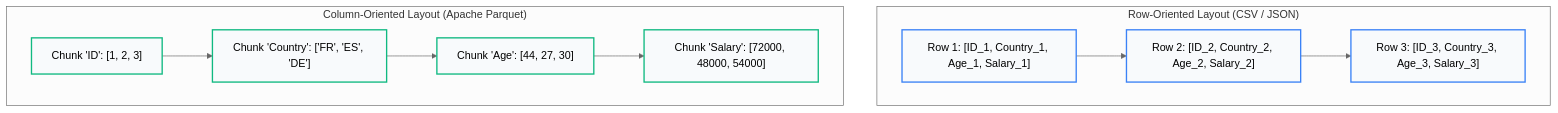
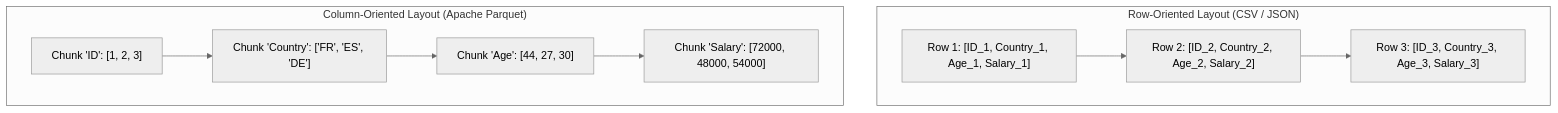
One commit to vettrivel-kl/vettrivel-kl.github.io changed the diagram in docs/Machine-Learning-Algorithms/02-data-preprocessing/01-loading-and-preparing-data.mdx. Above: the diagram before and after it, drawn with Mermaid (neutral theme). The commit also changed 51 other files, not shown here.

````diff
--- a/docs/Machine-Learning-Algorithms/02-data-preprocessing/01-loading-and-preparing-data.mdx
+++ b/docs/Machine-Learning-Algorithms/02-data-preprocessing/01-loading-and-preparing-data.mdx
@@ -42,23 +42,17 @@
 ```mermaid
 flowchart TD
-    classDef box fill:#f8fafc,stroke:#3b82f6,stroke-width:2px;
-    classDef col fill:#f8fafc,stroke:#10b981,stroke-width:2px;
-
     subgraph RowBased ["Row-Oriented Layout (CSV / JSON)"]
         R1["Row 1: [ID_1, Country_1, Age_1, Salary_1]"]
         R2["Row 2: [ID_2, Country_2, Age_2, Salary_2]"]
         R3["Row 3: [ID_3, Country_3, Age_3, Salary_3]"]
         R1 --> R2 --> R3
     end
 
     subgraph Columnar ["Column-Oriented Layout (Apache Parquet)"]
         C1["Chunk 'ID': [1, 2, 3]"]
         C2["Chunk 'Country': ['FR', 'ES', 'DE']"]
         C3["Chunk 'Age': [44, 27, 30]"]
         C4["Chunk 'Salary': [72000, 48000, 54000]"]
         C1 --> C2 --> C3 --> C4
     end
-
-    class R1,R2,R3 box;
-    class C1,C2,C3,C4 col;
 ```
````
